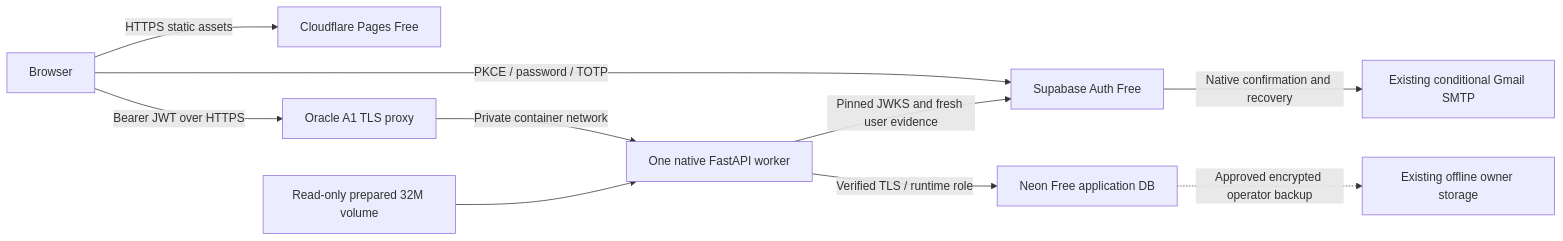
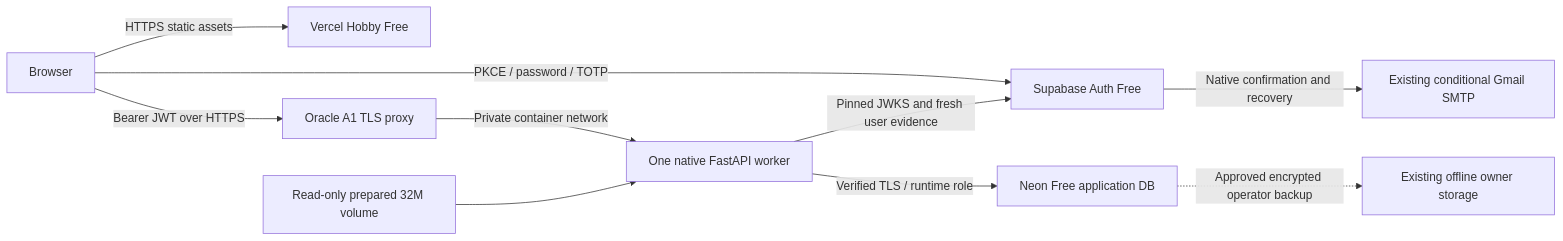
One commit to aanxnd/movie-recommender changed the diagram in docs/PRODUCTION_HOSTING_BLUEPRINT.md. Above: the diagram before and after it, drawn with Mermaid. The commit also changed other lines of this file, not shown here.

Commit message:
Align proposed hosting blueprint with retained Vercel frontend

````diff
--- a/docs/PRODUCTION_HOSTING_BLUEPRINT.md
+++ b/docs/PRODUCTION_HOSTING_BLUEPRINT.md
@@ -11,12 +11,12 @@
 ```mermaid
 flowchart LR
-  B[Browser] -->|HTTPS static assets| P[Cloudflare Pages Free]
+  B[Browser] -->|HTTPS static assets| P[Vercel Hobby Free]
   B -->|PKCE / password / TOTP| S[Supabase Auth Free]
   S -->|Native confirmation and recovery| M[Existing conditional Gmail SMTP]
   B -->|Bearer JWT over HTTPS| T[Oracle A1 TLS proxy]
   T -->|Private container network| A[One native FastAPI worker]
   A -->|Pinned JWKS and fresh user evidence| S
   A -->|Verified TLS / runtime role| N[Neon Free application DB]
   R[Read-only prepared 32M volume] --> A
   N -.->|Approved encrypted operator backup| O[Existing offline owner storage]
 ```
````
